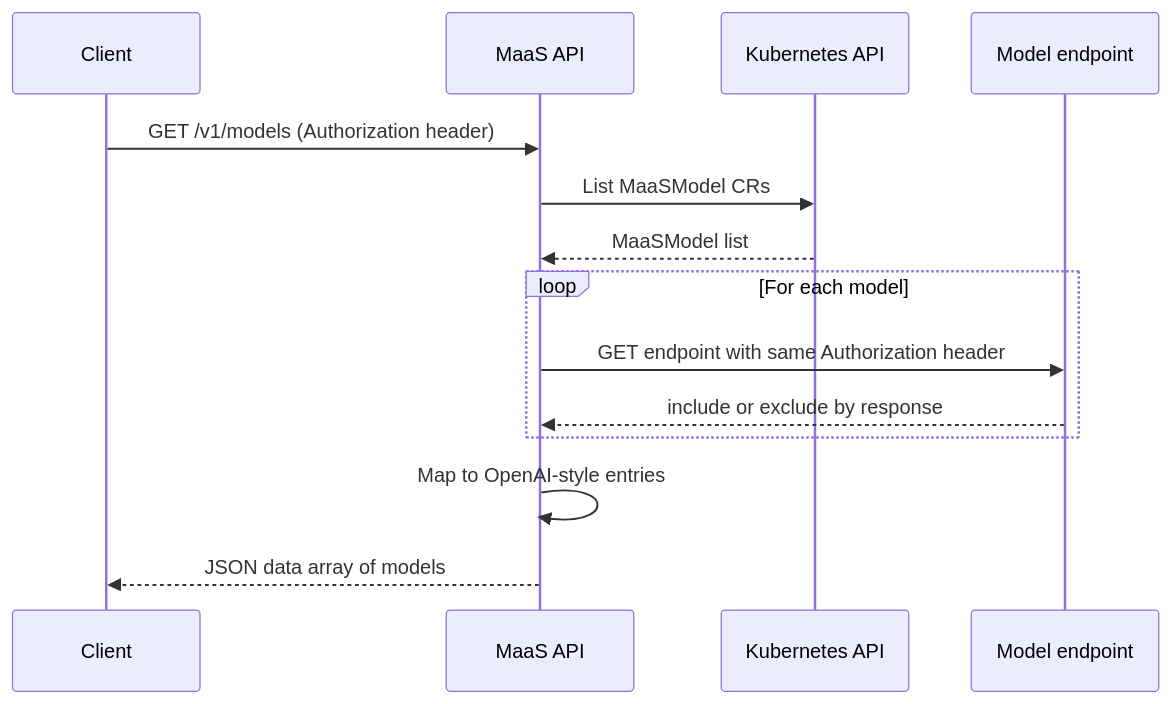
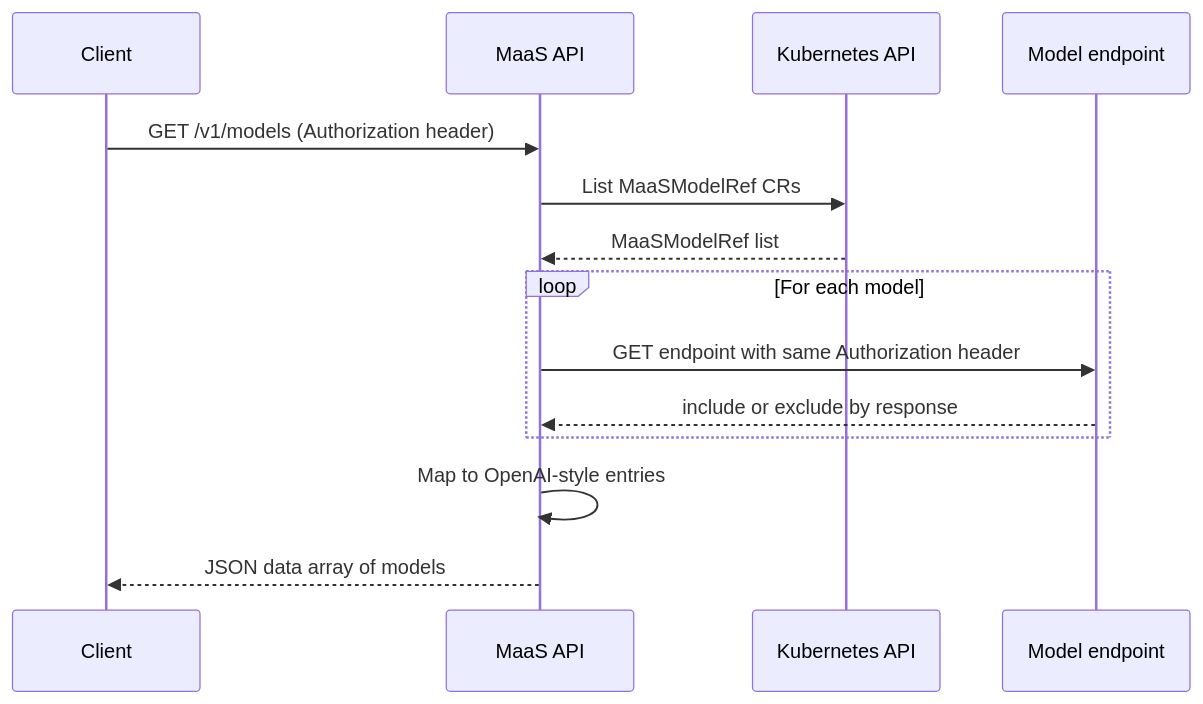
Before and after one commit to opendatahub-io/models-as-a-service: the diagram in docs/content/configuration-and-management/model-listing-flow.md, drawn with Mermaid. The commit also changed other lines of this file and 44 other files, not shown here.

First line of the commit message:
Rename MaaSModel CRD to MaaSModelRef

````diff
--- a/docs/content/configuration-and-management/model-listing-flow.md
+++ b/docs/content/configuration-and-management/model-listing-flow.md
@@ -30,17 +30,17 @@
 ```mermaid
 sequenceDiagram
     participant Client
     participant MaaS API
     participant K8s as Kubernetes API
     participant Model as Model endpoint
 
     Client->>MaaS API: GET /v1/models (Authorization header)
-    MaaS API->>K8s: List MaaSModel CRs
-    K8s-->>MaaS API: MaaSModel list
+    MaaS API->>K8s: List MaaSModelRef CRs
+    K8s-->>MaaS API: MaaSModelRef list
     loop For each model
         MaaS API->>Model: GET endpoint with same Authorization header
         Model-->>MaaS API: include or exclude by response
     end
     MaaS API->>MaaS API: Map to OpenAI-style entries
     MaaS API-->>Client: JSON data array of models
 ```
````
